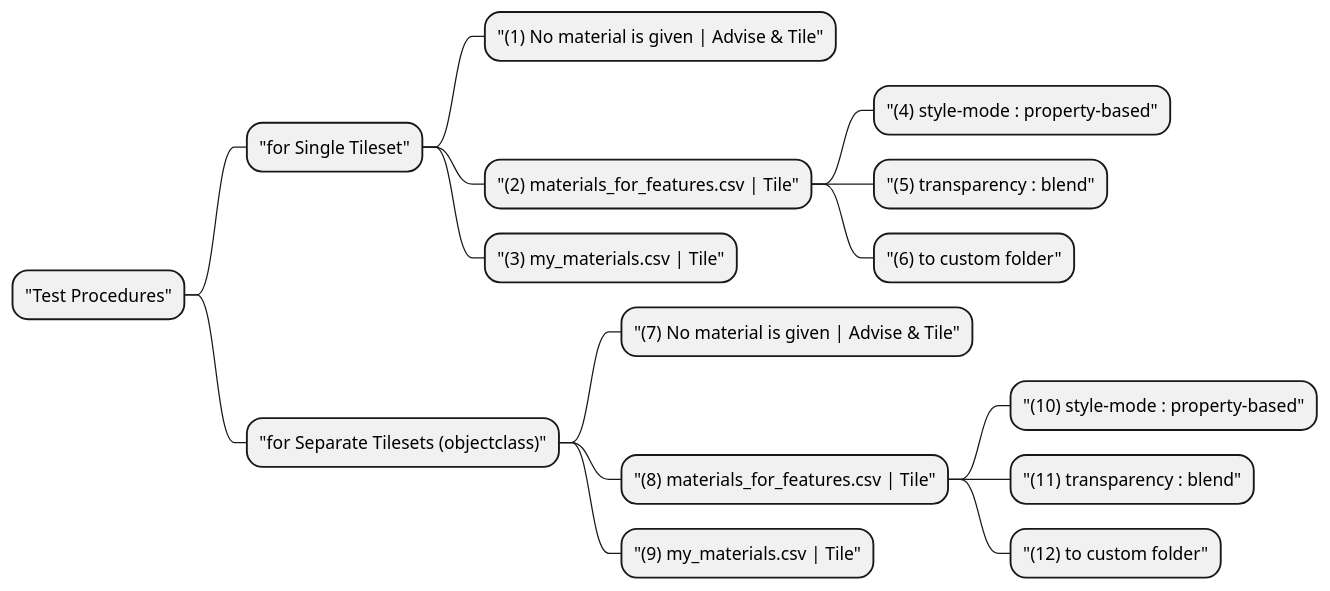
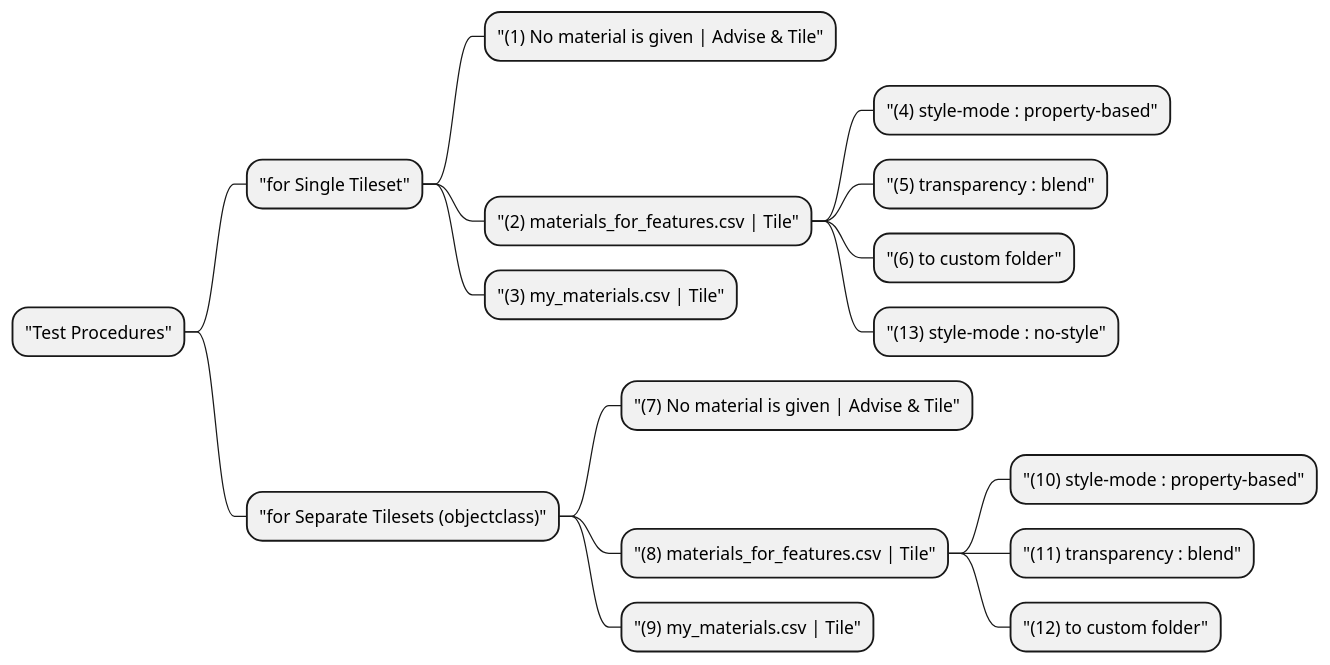
The diagram in docs/test_procedures.md (tum-gis/citydb-3dtiler), drawn with PlantUML before and after one commit. The commit also changed 7 other files, not shown here.

````diff
--- a/docs/test_procedures.md
+++ b/docs/test_procedures.md
@@ -5,19 +5,20 @@
 ```puml
 @startmindmap
 * "Test Procedures"
 ** "for Single Tileset"
 *** "(1) No material is given | Advise & Tile"
 *** "(2) materials_for_features.csv | Tile"
 **** "(4) style-mode : property-based"
 **** "(5) transparency : blend"
 **** "(6) to custom folder"
+**** "(13) style-mode : no-style"
 *** "(3) my_materials.csv | Tile"
 ** "for Separate Tilesets (objectclass)"
 *** "(7) No material is given | Advise & Tile"
 *** "(8) materials_for_features.csv | Tile"
 **** "(10) style-mode : property-based"
 **** "(11) transparency : blend"
 **** "(12) to custom folder"
 *** "(9) my_materials.csv | Tile"
 @endmindmap
 ```
````
